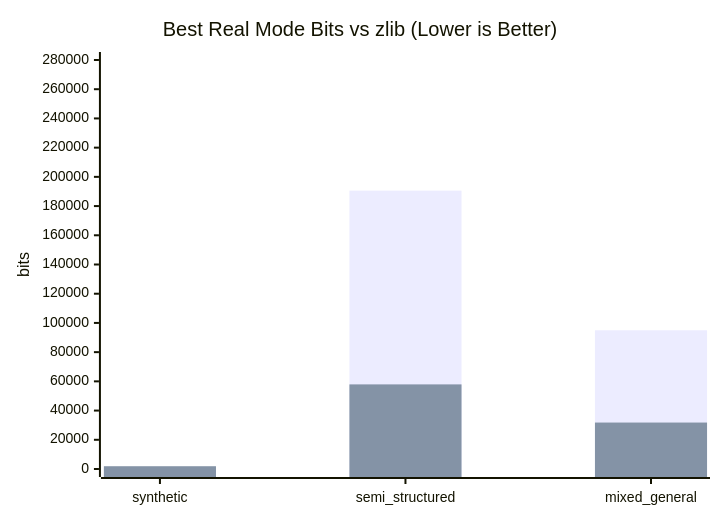
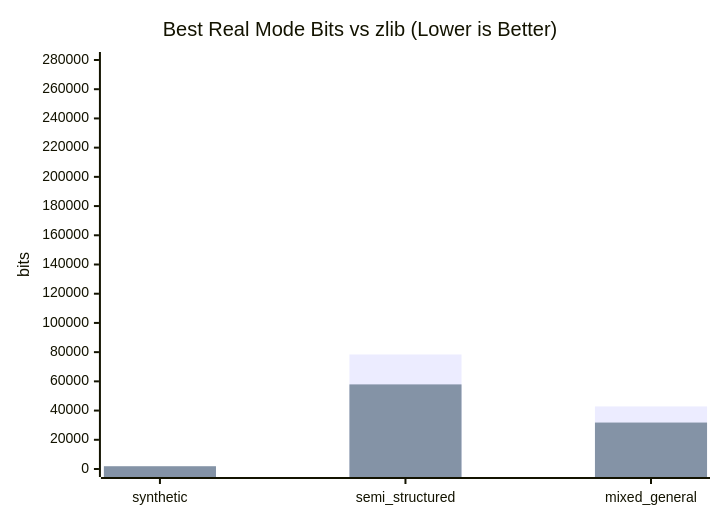
The second of 4 diagrams in README.md (scruff2/Cube_Compression), drawn with Mermaid before and after one commit. The commit also changed other lines of this file and 24 other files, not shown here.

````diff
--- a/README.md
+++ b/README.md
@@ -183,8 +183,8 @@
 ```mermaid
 xychart-beta
     title "Best Real Mode Bits vs zlib (Lower is Better)"
     x-axis [synthetic, semi_structured, mixed_general]
     y-axis "bits" 0 --> 280000
-    bar [304, 190568, 94952]
+    bar [304, 78408, 42832]
     bar [1904, 57920, 31800]
 ```
````
